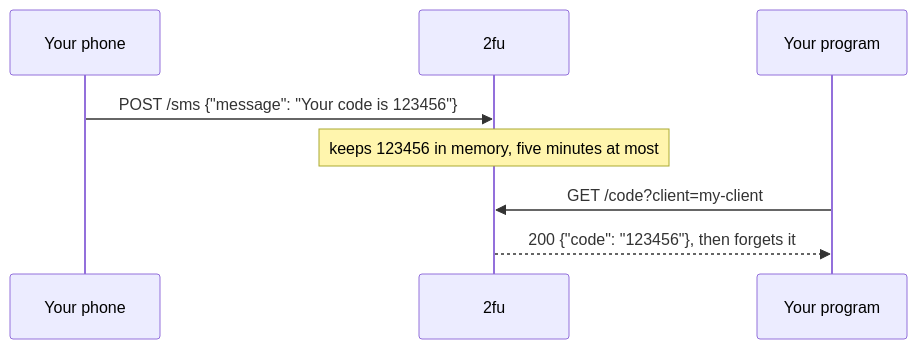
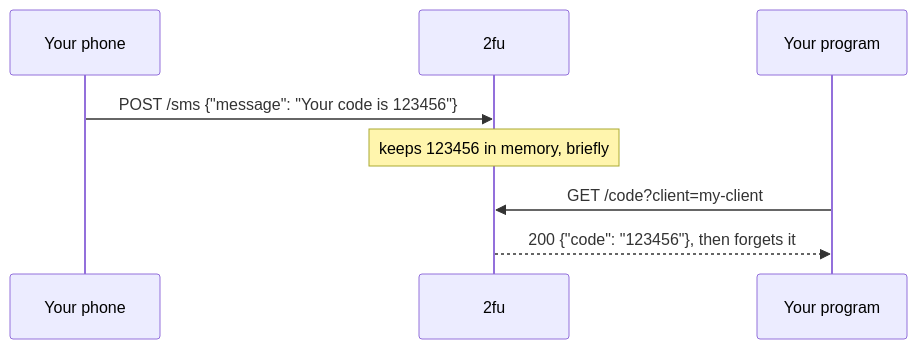
One commit to bricoleur-ai/2fu changed the diagram in README.md. Above: the diagram before and after it, drawn with Mermaid. The commit also changed other lines of this file and 2 other files, not shown here.

````diff
--- a/README.md
+++ b/README.md
@@ -9,10 +9,10 @@
 ```mermaid
 sequenceDiagram
     participant P as Your phone
     participant R as 2fu
     participant C as Your program
     P->>R: POST /sms {"message": "Your code is 123456"}
-    Note over R: keeps 123456 in memory, five minutes at most
+    Note over R: keeps 123456 in memory, briefly
     C->>R: GET /code?client=my-client
     R-->>C: 200 {"code": "123456"}, then forgets it
 ```
````
